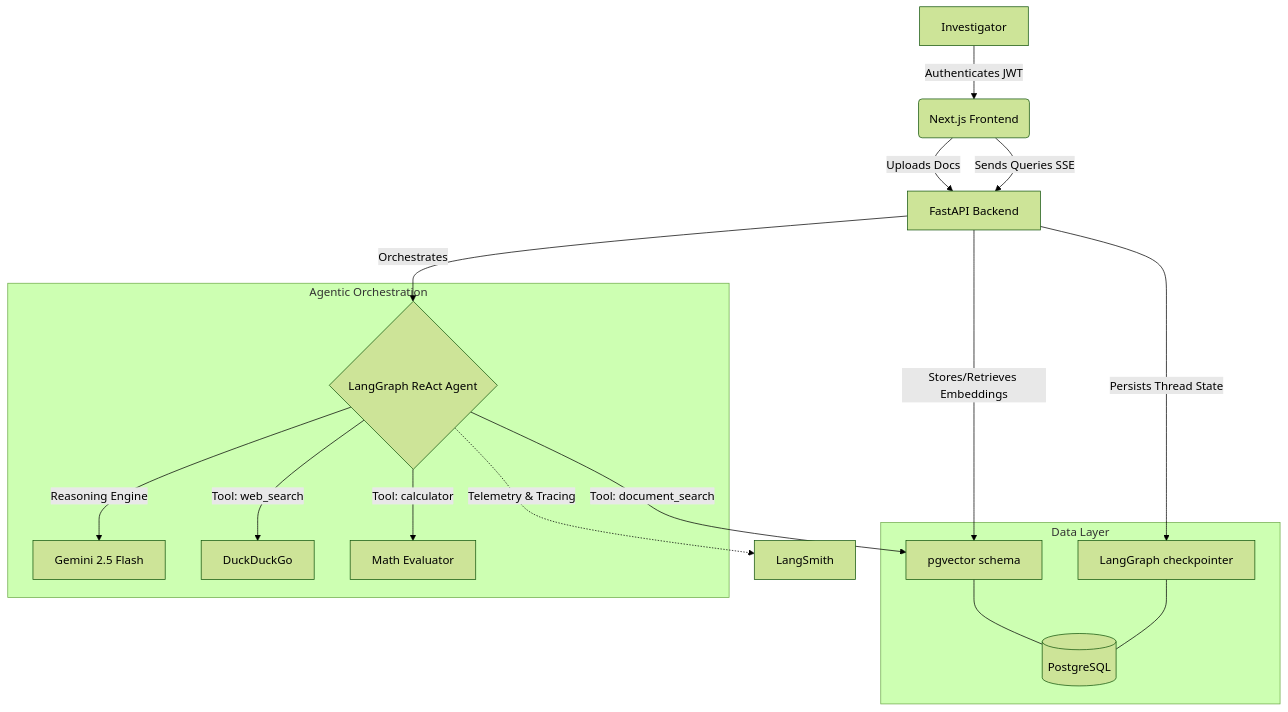
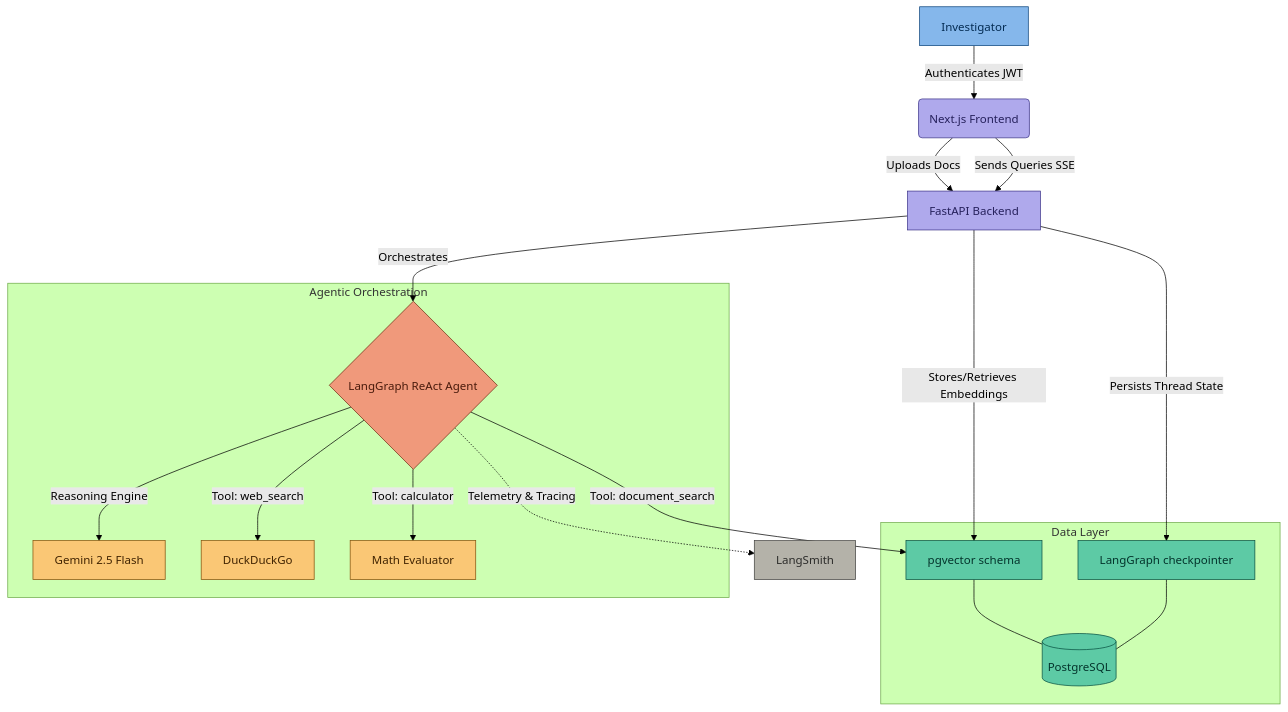
One commit to RAJ-ARYAN-NITK/bakerStreet221B.ai changed the second of 2 diagrams in README.md. Above: the diagram before and after it, drawn with Mermaid (forest theme). The commit also changed other lines of this file, not shown here.

Commit message:
update README with improved documentation, architecture diagrams, and project structure overview

````diff
--- a/README.md
+++ b/README.md
@@ -36,26 +73,41 @@
 ```mermaid
 graph TD
     A[Investigator] -->|Authenticates JWT| B(Next.js Frontend)
     B -->|Uploads Docs| C[FastAPI Backend]
     B -->|Sends Queries SSE| C
-    
+
     subgraph Data Layer
         D[(PostgreSQL)]
         D1[pgvector schema] --- D
         D2[LangGraph checkpointer] --- D
     end
 
     C -->|Stores/Retrieves Embeddings| D1
     C -->|Persists Thread State| D2
-    
+
     subgraph Agentic Orchestration
         E{LangGraph ReAct Agent}
         E -->|Reasoning Engine| F[Gemini 2.5 Flash]
         E -->|Tool: web_search| G[DuckDuckGo]
         E -->|Tool: document_search| D1
         E -->|Tool: calculator| H[Math Evaluator]
     end
 
     C -->|Orchestrates| E
     E -.->|Telemetry & Tracing| I[LangSmith]
+
+    classDef userStyle fill:#85B7EB,stroke:#0C447C,color:#042C53
+    classDef appStyle fill:#AFA9EC,stroke:#3C3489,color:#26215C
+    classDef dataStyle fill:#5DCAA5,stroke:#085041,color:#04342C
+    classDef agentStyle fill:#F0997B,stroke:#712B13,color:#4A1B0C
+    classDef toolStyle fill:#FAC775,stroke:#854F0B,color:#412402
+    classDef obsStyle fill:#B4B2A9,stroke:#444441,color:#2C2C2A
+
+    class A userStyle
+    class B appStyle
+    class C appStyle
+    class D,D1,D2 dataStyle
+    class E agentStyle
+    class F,G,H toolStyle
+    class I obsStyle
 ```
````
